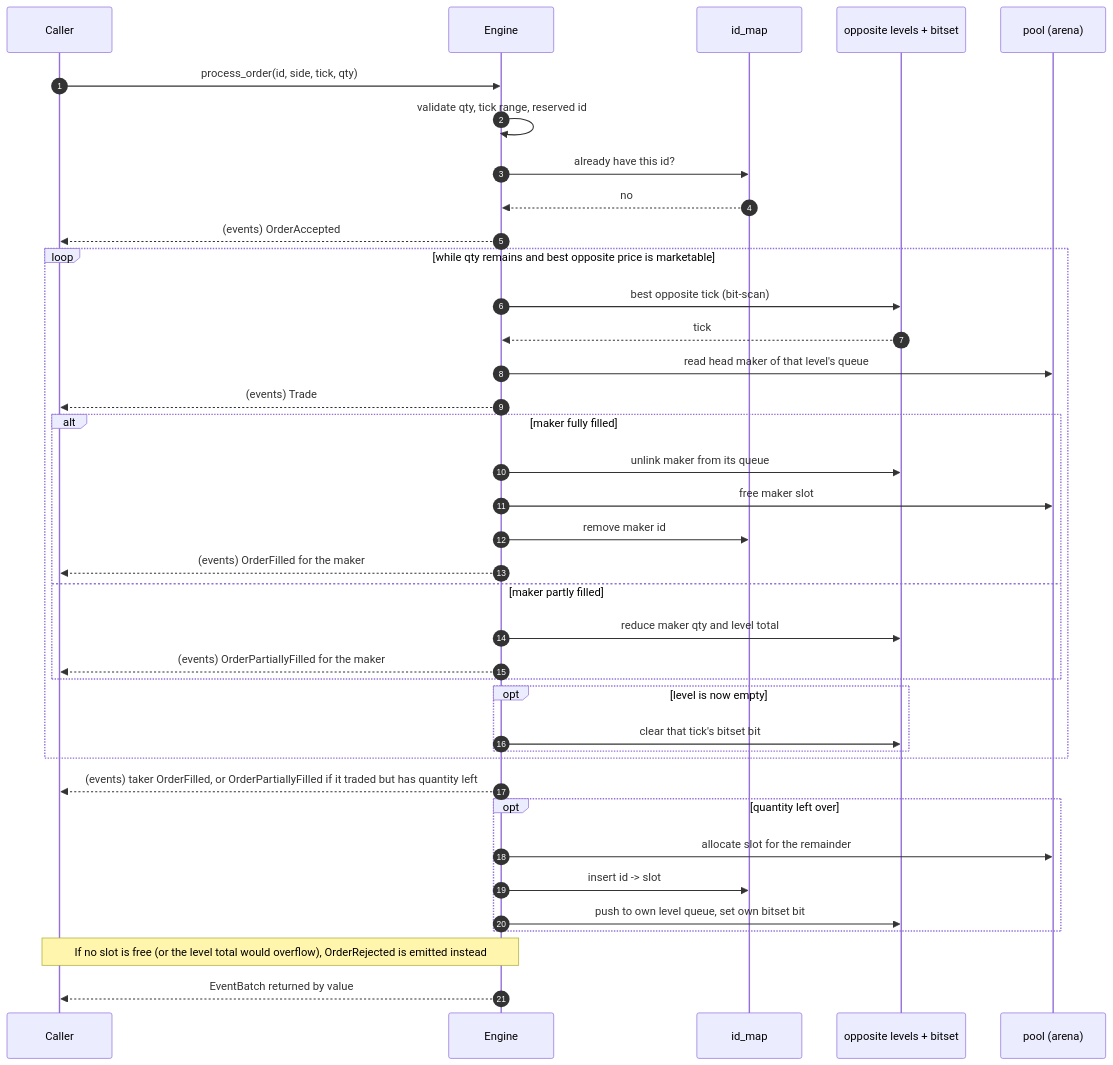
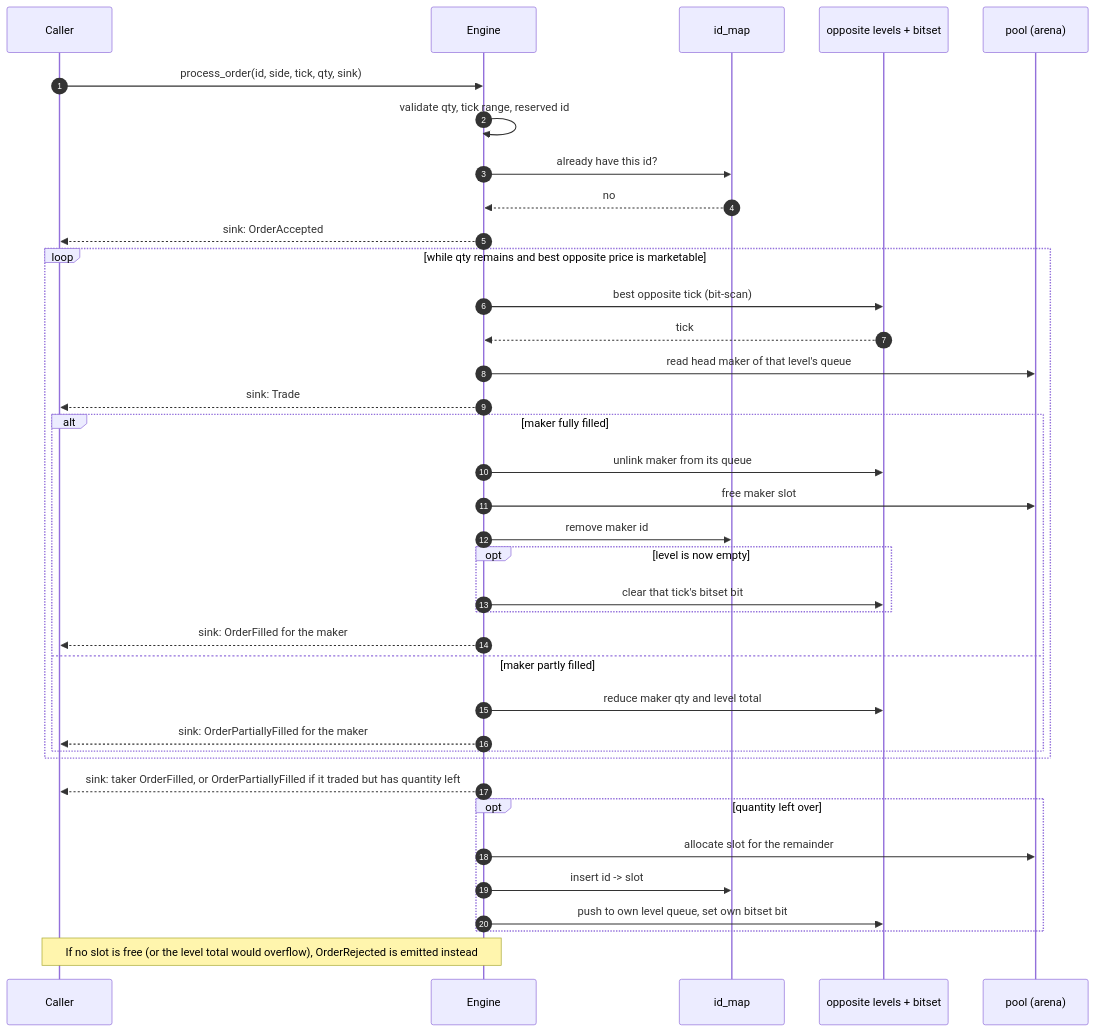
One commit to daohainam/rust-matching-engine changed the second of 3 diagrams in docs/02-architecture.md. Above: the diagram before and after it, drawn with Mermaid. The commit also changed other lines of this file, not shown here.

First line of the commit message:
docs(ch02): update the architecture overview

````diff
--- a/docs/02-architecture.md
+++ b/docs/02-architecture.md
@@ -132,41 +132,40 @@
 ```mermaid
 sequenceDiagram
     autonumber
     participant C as Caller
     participant E as Engine
     participant M as id_map
     participant L as opposite levels + bitset
     participant P as pool (arena)
 
-    C->>E: process_order(id, side, tick, qty)
+    C->>E: process_order(id, side, tick, qty, sink)
     E->>E: validate qty, tick range, reserved id
     E->>M: already have this id?
     M-->>E: no
-    E-->>C: (events) OrderAccepted
+    E-->>C: sink: OrderAccepted
     loop while qty remains and best opposite price is marketable
         E->>L: best opposite tick (bit-scan)
         L-->>E: tick
         E->>P: read head maker of that level's queue
-        E-->>C: (events) Trade
+        E-->>C: sink: Trade
         alt maker fully filled
             E->>L: unlink maker from its queue
             E->>P: free maker slot
             E->>M: remove maker id
-            E-->>C: (events) OrderFilled for the maker
+            opt level is now empty
+                E->>L: clear that tick's bitset bit
+            end
+            E-->>C: sink: OrderFilled for the maker
         else maker partly filled
             E->>L: reduce maker qty and level total
-            E-->>C: (events) OrderPartiallyFilled for the maker
-        end
-        opt level is now empty
-            E->>L: clear that tick's bitset bit
+            E-->>C: sink: OrderPartiallyFilled for the maker
         end
     end
-    E-->>C: (events) taker OrderFilled, or OrderPartiallyFilled if it traded but has quantity left
+    E-->>C: sink: taker OrderFilled, or OrderPartiallyFilled if it traded but has quantity left
     opt quantity left over
         E->>P: allocate slot for the remainder
         E->>M: insert id -> slot
         E->>L: push to own level queue, set own bitset bit
     end
     Note over E,C: If no slot is free (or the level total would overflow), OrderRejected is emitted instead
-    E-->>C: EventBatch returned by value
 ```
````
